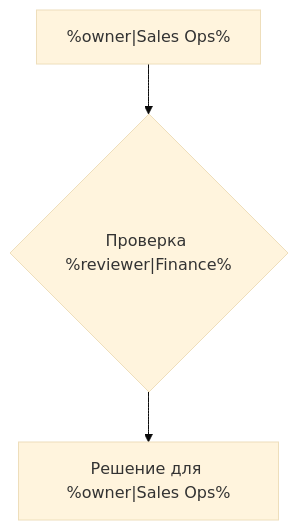
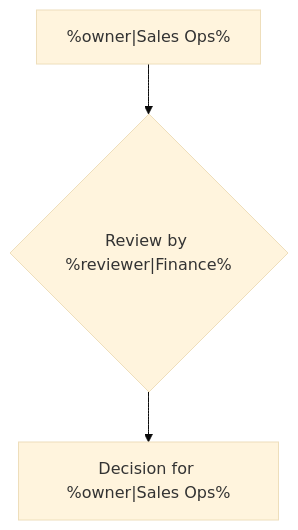
The second of 4 diagrams in examples/shared/customer-templates.md (bnku/mdmm), drawn with Mermaid (base theme) before and after one commit. The commit also changed other lines of this file and 20 other files, not shown here.

First line of the commit message:
refactor(core): rename whole-diagram to diagram terminology

````diff
--- a/examples/shared/customer-templates.md
+++ b/examples/shared/customer-templates.md
@@ -15,6 +15,6 @@
 ```mermaid
 flowchart TD
 entry["%owner|Sales Ops%"]
-entry --> review{"Проверка %reviewer|Finance%"}
-review --> done["Решение для %owner|Sales Ops%"]
+entry --> review{"Review by %reviewer|Finance%"}
+review --> done["Decision for %owner|Sales Ops%"]
 ```
````
